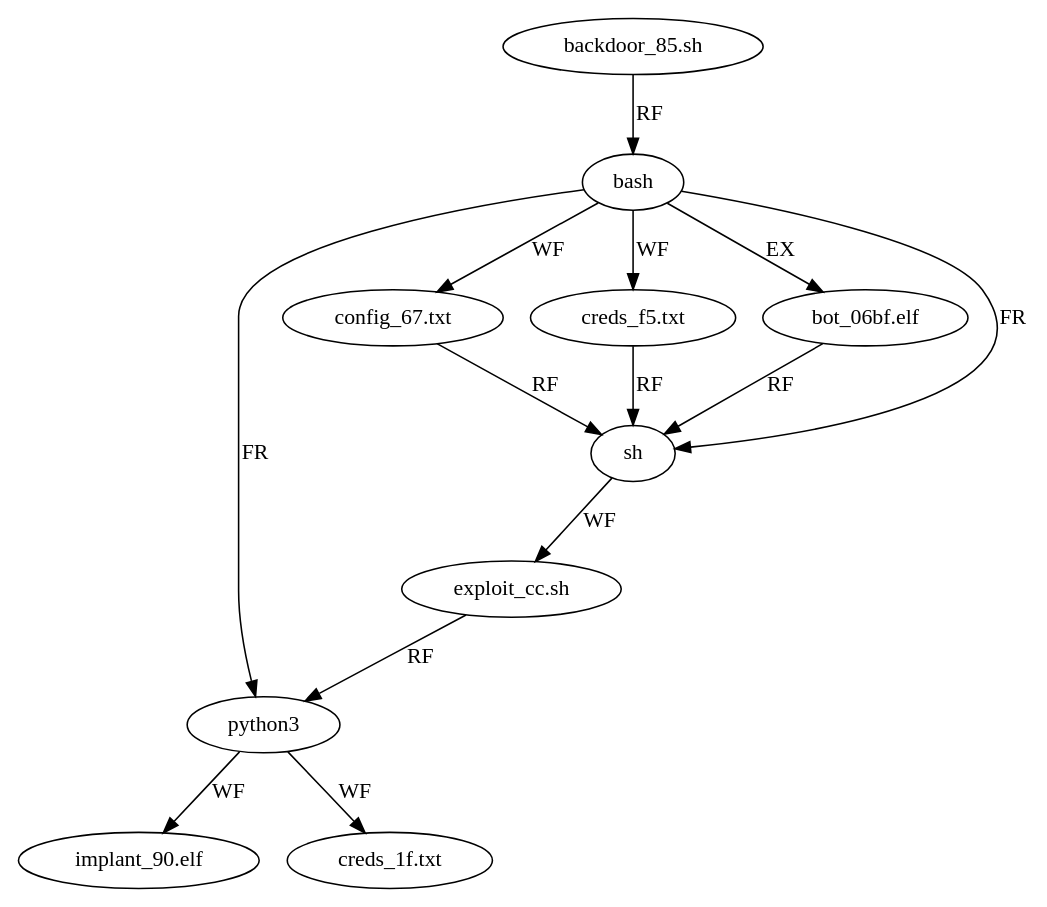
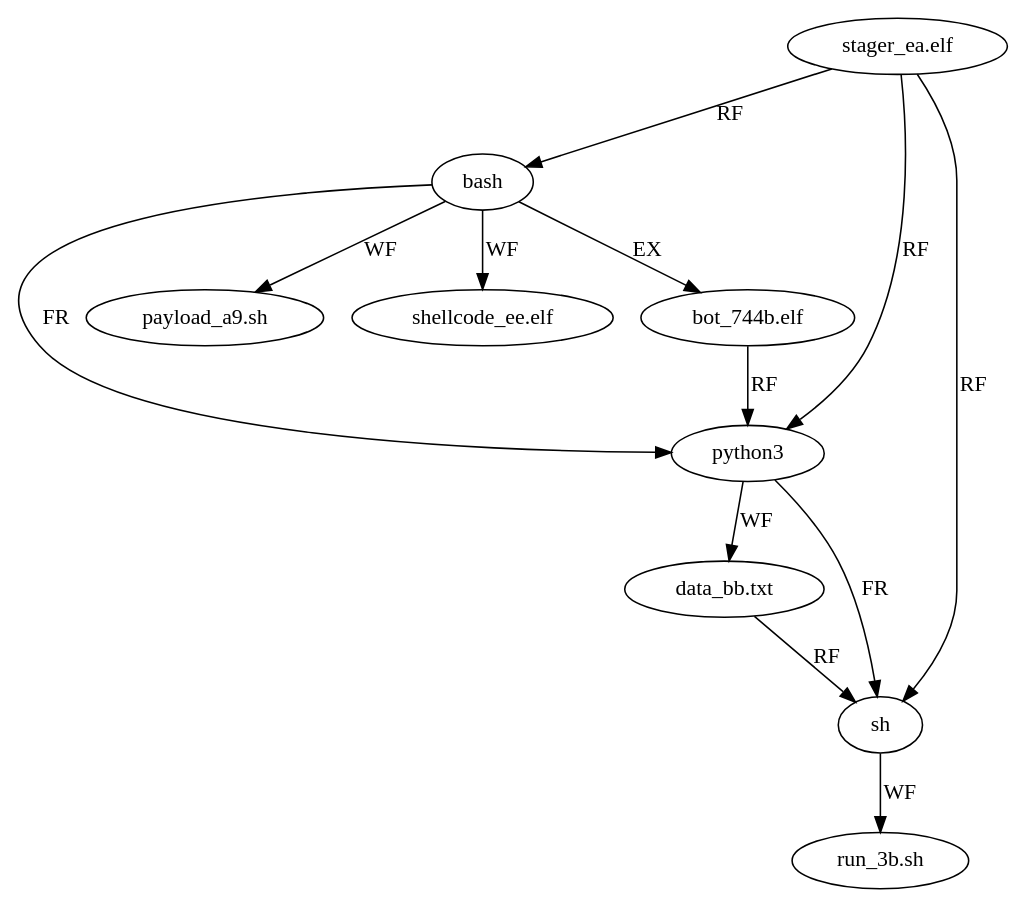
The diagram in Attack_Agent/result_handoff/Carbanak/clusters/cluster_03_T1543.003.dot (gianghitran/MARL-VariantHunter-Architecture), drawn with Graphviz before and after one commit. The commit also changed 1442 other files, not shown here.

```diff
--- a/Attack_Agent/result_handoff/Carbanak/clusters/cluster_03_T1543.003.dot
+++ b/Attack_Agent/result_handoff/Carbanak/clusters/cluster_03_T1543.003.dot
@@ -1,25 +1,23 @@
 digraph {
   p0_s3 [label="bash" type=process stage="T1543.003"]
-  fin0_s3 [label="backdoor_85.sh" type=file stage="T1543.003"]
-  p1_s3 [label="sh" type=process stage="T1543.003"]
-  f0_0_s3 [label="exploit_cc.sh" type=file stage="T1543.003"]
-  p2_s3 [label="python3" type=process stage="T1543.003"]
-  f1_0_s3 [label="implant_90.elf" type=file stage="T1543.003"]
-  f1_1_s3 [label="creds_1f.txt" type=file stage="T1543.003"]
-  fh0_s3 [label="config_67.txt" type=file stage="T1543.003"]
-  fh1_s3 [label="creds_f5.txt" type=file stage="T1543.003"]
-  exec_s3 [label="bot_06bf.elf" type=file stage="T1543.003"]
+  fin0_s3 [label="stager_ea.elf" type=file stage="T1543.003"]
+  p1_s3 [label="python3" type=process stage="T1543.003"]
+  f0_0_s3 [label="data_bb.txt" type=file stage="T1543.003"]
+  p2_s3 [label="sh" type=process stage="T1543.003"]
+  f1_0_s3 [label="run_3b.sh" type=file stage="T1543.003"]
+  fh0_s3 [label="payload_a9.sh" type=file stage="T1543.003"]
+  fh1_s3 [label="shellcode_ee.elf" type=file stage="T1543.003"]
+  exec_s3 [label="bot_744b.elf" type=file stage="T1543.003"]
   fin0_s3 -> p0_s3 [label="RF"]
   p0_s3 -> p1_s3 [label="FR"]
   p1_s3 -> f0_0_s3 [label="WF"]
-  p0_s3 -> p2_s3 [label="FR"]
+  fin0_s3 -> p1_s3 [label="RF"]
+  p1_s3 -> p2_s3 [label="FR"]
   p2_s3 -> f1_0_s3 [label="WF"]
-  p2_s3 -> f1_1_s3 [label="WF"]
+  fin0_s3 -> p2_s3 [label="RF"]
   p0_s3 -> fh0_s3 [label="WF"]
   p0_s3 -> fh1_s3 [label="WF"]
   p0_s3 -> exec_s3 [label="EX"]
-  fh0_s3 -> p1_s3 [label="RF"]
   f0_0_s3 -> p2_s3 [label="RF"]
-  fh1_s3 -> p1_s3 [label="RF"]
   exec_s3 -> p1_s3 [label="RF"]
 }
```
